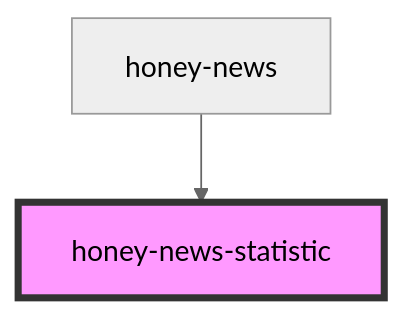
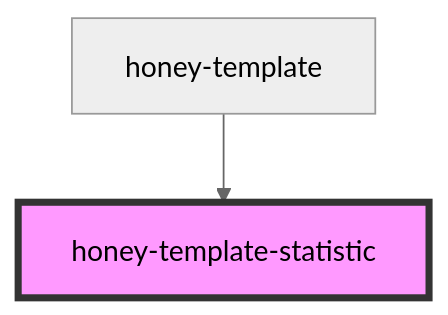
Before and after one commit to Huluvu424242/honey-template: the diagram in src/components/honey-news/statistic/readme.md, drawn with Mermaid (neutral theme). The commit also changed other lines of this file and 46 other files, not shown here.

````diff
--- a/src/components/honey-news/statistic/readme.md
+++ b/src/components/honey-news/statistic/readme.md
@@ -35,5 +35,5 @@
 ```mermaid
 graph TD;
-  honey-news --> honey-news-statistic
-  style honey-news-statistic fill:#f9f,stroke:#333,stroke-width:4px
+  honey-template --> honey-template-statistic
+  style honey-template-statistic fill:#f9f,stroke:#333,stroke-width:4px
 ```
````
